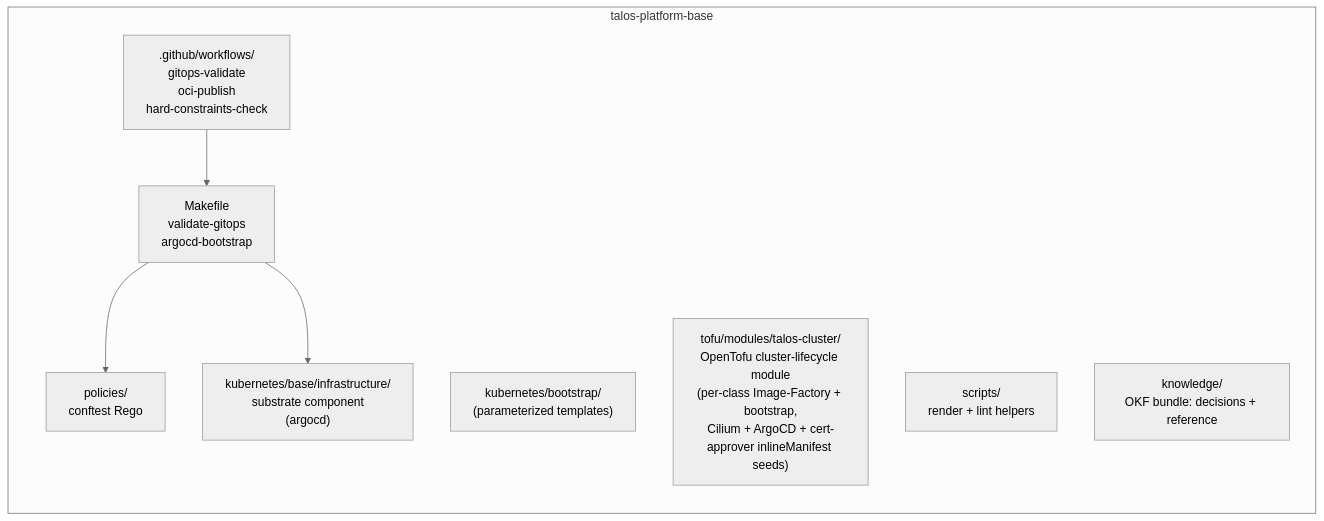
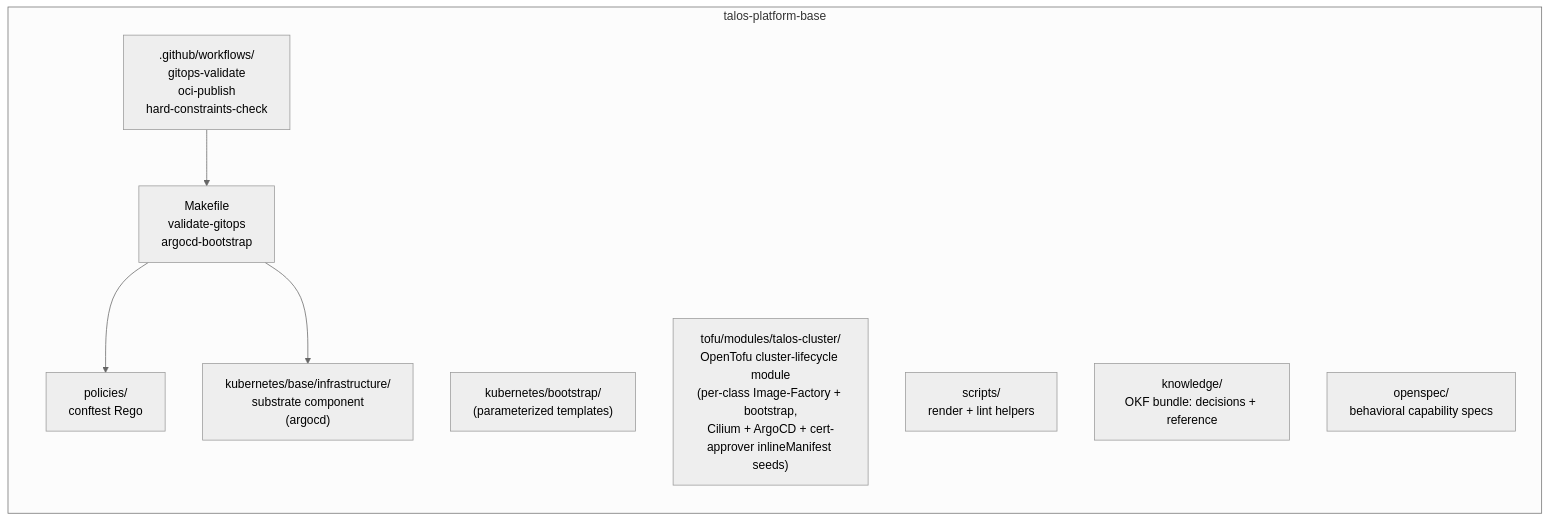
The second of 3 diagrams in ARCHITECTURE.md (Nosmoht/talos-platform-base), drawn with Mermaid before and after one commit. The commit also changed 13 other files, not shown here.

````diff
--- a/ARCHITECTURE.md
+++ b/ARCHITECTURE.md
@@ -142,19 +142,20 @@
 ```mermaid
 %%{init: { "theme": "neutral" } }%%
 flowchart LR
   subgraph Base["talos-platform-base"]
     direction TB
     Make[Makefile<br/>validate-gitops<br/>argocd-bootstrap]
     Boot["kubernetes/bootstrap/<br/>(parameterized templates)"]
     Infra["kubernetes/base/infrastructure/<br/>substrate component<br/>(argocd)"]
     Talos["tofu/modules/talos-cluster/<br/>OpenTofu cluster-lifecycle module<br/>(per-class Image-Factory + bootstrap,<br/>Cilium + ArgoCD + cert-approver inlineManifest seeds)"]
     Pol["policies/<br/>conftest Rego"]
     Scripts["scripts/<br/>render + lint helpers"]
     Docs["knowledge/<br/>OKF bundle: decisions + reference"]
+    Specs["openspec/<br/>behavioral capability specs"]
     CI[".github/workflows/<br/>gitops-validate<br/>oci-publish<br/>hard-constraints-check"]
 
     Make --> Pol
     Make --> Infra
     CI --> Make
   end
 ```
````
